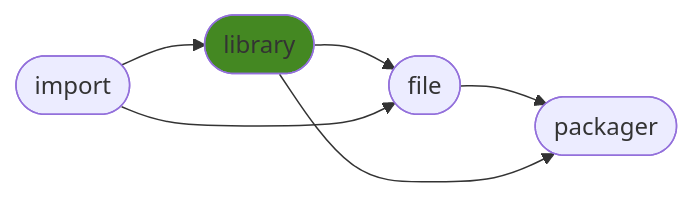
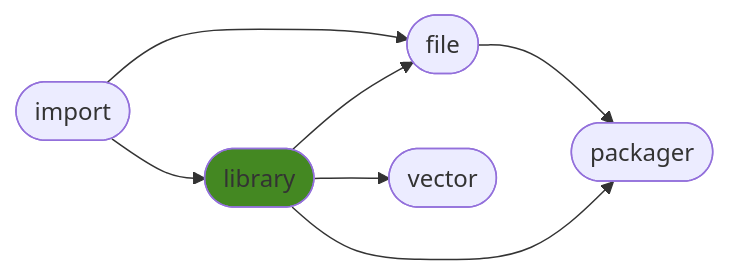
The diagram in README.md (ManderaGeneral/generallibrary), drawn with Mermaid before and after one commit. The commit also changed other lines of this file, not shown here.

````diff
--- a/README.md
+++ b/README.md
@@ -24,13 +24,15 @@
 ```mermaid
 flowchart LR
-2([file]) --> 3([packager])
+0([import]) --> 1([library])
+2([file]) --> 4([packager])
+1([library]) --> 3([vector])
+0([import]) --> 2([file])
+1([library]) --> 4([packager])
 1([library]) --> 2([file])
-0([import]) --> 1([library])
-0([import]) --> 2([file])
-1([library]) --> 3([packager])
 click 0 "https://github.com/ManderaGeneral/generalimport"
 click 1 "https://github.com/ManderaGeneral/generallibrary"
 click 2 "https://github.com/ManderaGeneral/generalfile"
-click 3 "https://github.com/ManderaGeneral/generalpackager"
+click 3 "https://github.com/ManderaGeneral/generalvector"
+click 4 "https://github.com/ManderaGeneral/generalpackager"
 style 1 fill:#482
 ```
````
